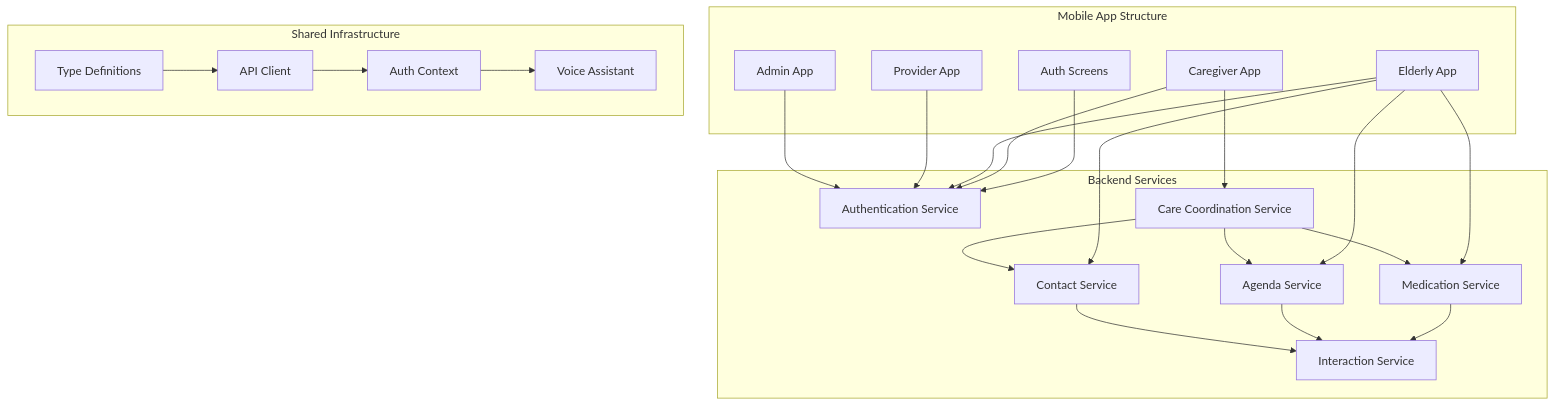
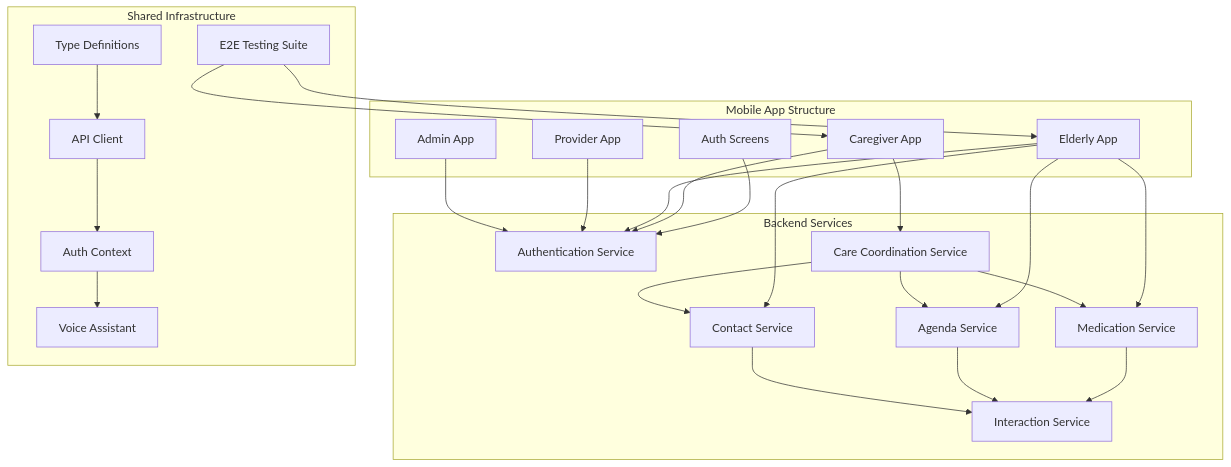
Before and after one commit to jairosouza67/99-Pai: the second of 9 diagrams in .qoder/repowiki/en/content/Caregiver Integration.md, drawn with Mermaid. The commit also changed other lines of this file and 4 other files, not shown here.

Commit message:
docs: update repository wiki metadata and architecture notes

````diff
--- a/.qoder/repowiki/en/content/Caregiver Integration.md
+++ b/.qoder/repowiki/en/content/Caregiver Integration.md
@@ -126,42 +129,45 @@
 ```mermaid
 graph TB
 subgraph "Mobile App Structure"
 Auth["Auth Screens"]
 CaregiverApp["Caregiver App"]
 ElderlyApp["Elderly App"]
 ProviderApp["Provider App"]
 AdminApp["Admin App"]
 end
 subgraph "Backend Services"
 AuthSvc["Authentication Service"]
 CareCoordSvc["Care Coordination Service"]
 MedSvc["Medication Service"]
 AgendaSvc["Agenda Service"]
 ContactSvc["Contact Service"]
 IntSvc["Interaction Service"]
 end
 subgraph "Shared Infrastructure"
 Types["Type Definitions"]
 API["API Client"]
 AuthCtx["Auth Context"]
 Voice["Voice Assistant"]
+Testing["E2E Testing Suite"]
 end
 Auth --> AuthSvc
 CaregiverApp --> AuthSvc
 ElderlyApp --> AuthSvc
 ProviderApp --> AuthSvc
 AdminApp --> AuthSvc
 CaregiverApp --> CareCoordSvc
 ElderlyApp --> MedSvc
 ElderlyApp --> AgendaSvc
 ElderlyApp --> ContactSvc
 CareCoordSvc --> MedSvc
 CareCoordSvc --> AgendaSvc
 CareCoordSvc --> ContactSvc
 MedSvc --> IntSvc
 AgendaSvc --> IntSvc
 ContactSvc --> IntSvc
 Types --> API
 API --> AuthCtx
 AuthCtx --> Voice
+Testing --> CaregiverApp
+Testing --> ElderlyApp
 ```
````
